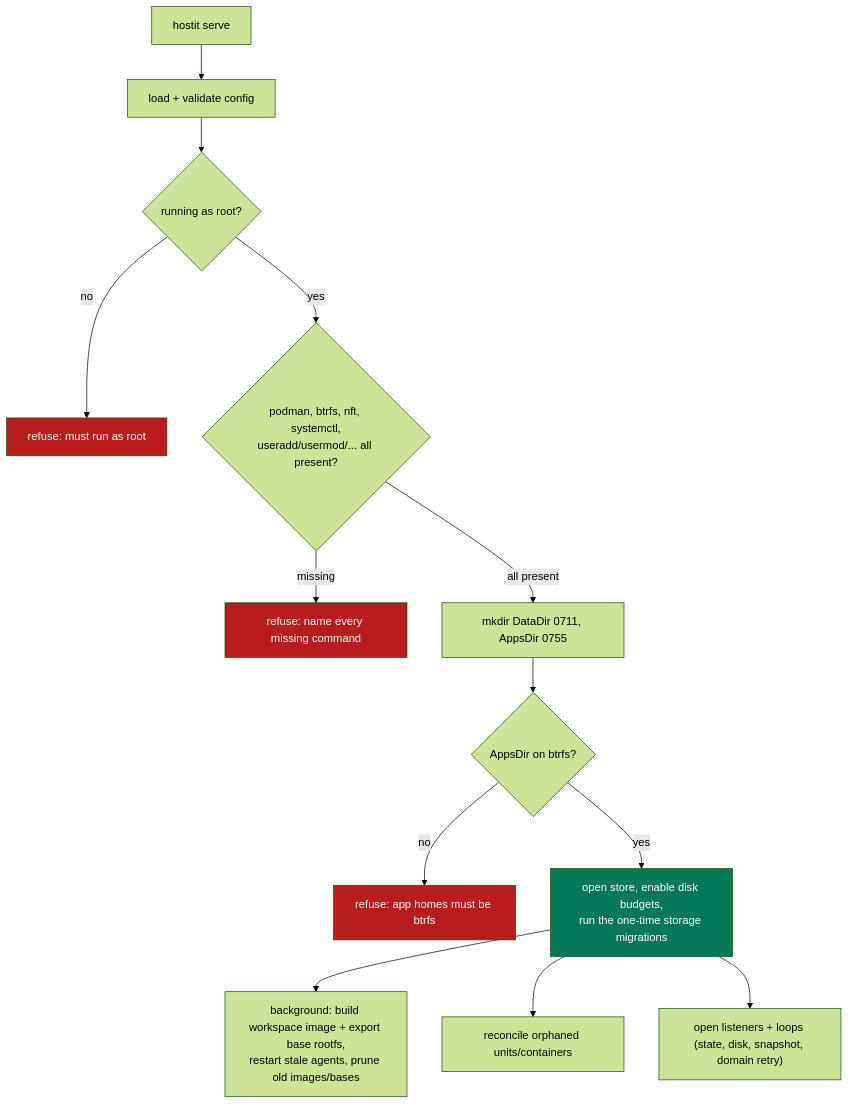
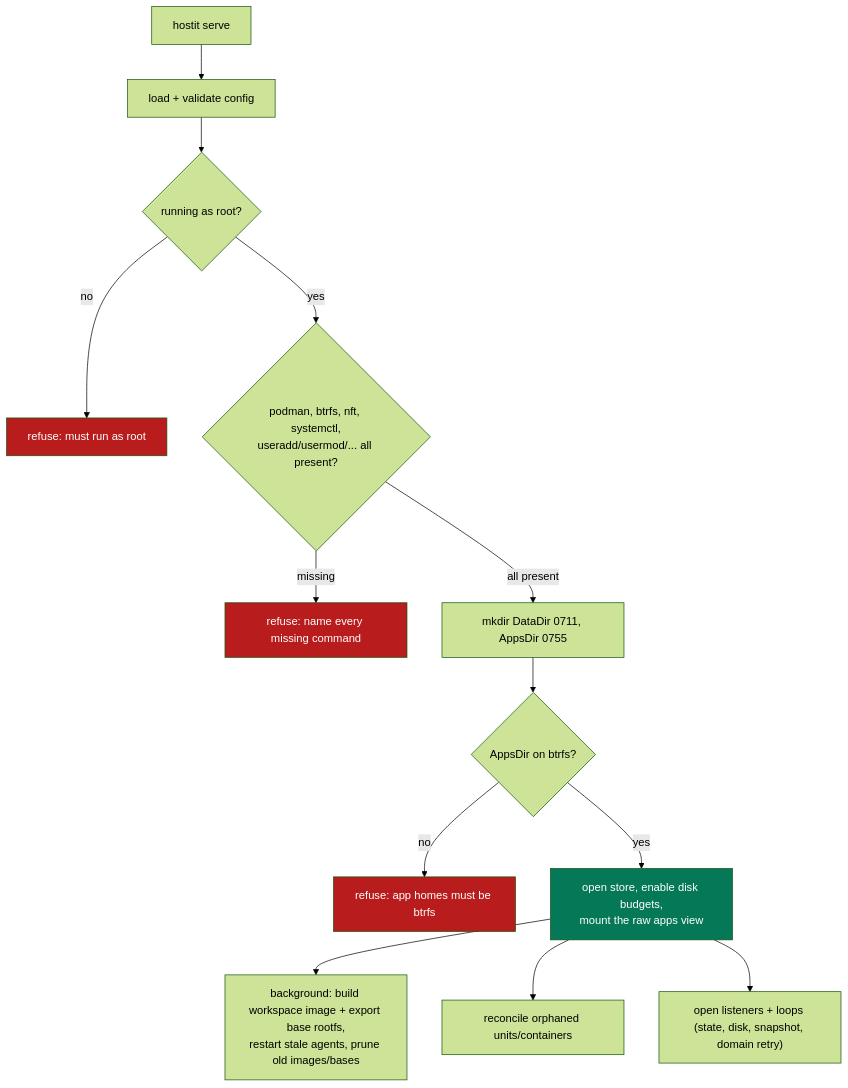
Before and after one commit to binwiederhier/hostit: the first of 5 diagrams in docs/architecture/flows.md, drawn with Mermaid (forest theme). The commit also changed other lines of this file and 16 other files, not shown here.

First line of the commit message:
app,cmd,store,unixuser,workspace,docs: delete the storage migration chain

````diff
--- a/docs/architecture/flows.md
+++ b/docs/architecture/flows.md
@@ -12,20 +12,20 @@
 ```mermaid
 flowchart TB
     start["hostit serve"] --> cfg["load + validate config"]
     cfg --> root{"running as root?"}
     root -- no --> fail1["refuse: must run as root"]
     root -- yes --> bins{"podman, btrfs, nft, systemctl,<br/>useradd/usermod/... all present?"}
     bins -- missing --> fail2["refuse: name every missing command"]
     bins -- all present --> dirs["mkdir DataDir 0711, AppsDir 0755"]
     dirs --> btrfs{"AppsDir on btrfs?"}
     btrfs -- no --> fail3["refuse: app homes must be btrfs"]
-    btrfs -- yes --> ok["open store, enable disk budgets,<br/>run the one-time storage migrations"]
+    btrfs -- yes --> ok["open store, enable disk budgets,<br/>mount the raw apps view"]
     ok --> bg["background: build workspace image + export base rootfs,<br/>restart stale agents, prune old images/bases"]
     ok --> rec["reconcile orphaned units/containers"]
     ok --> listen["open listeners + loops (state, disk, snapshot, domain retry)"]
 
     style fail1 fill:#b91c1c,color:#fff
     style fail2 fill:#b91c1c,color:#fff
     style fail3 fill:#b91c1c,color:#fff
     style ok fill:#047857,color:#fff
 ```
````
